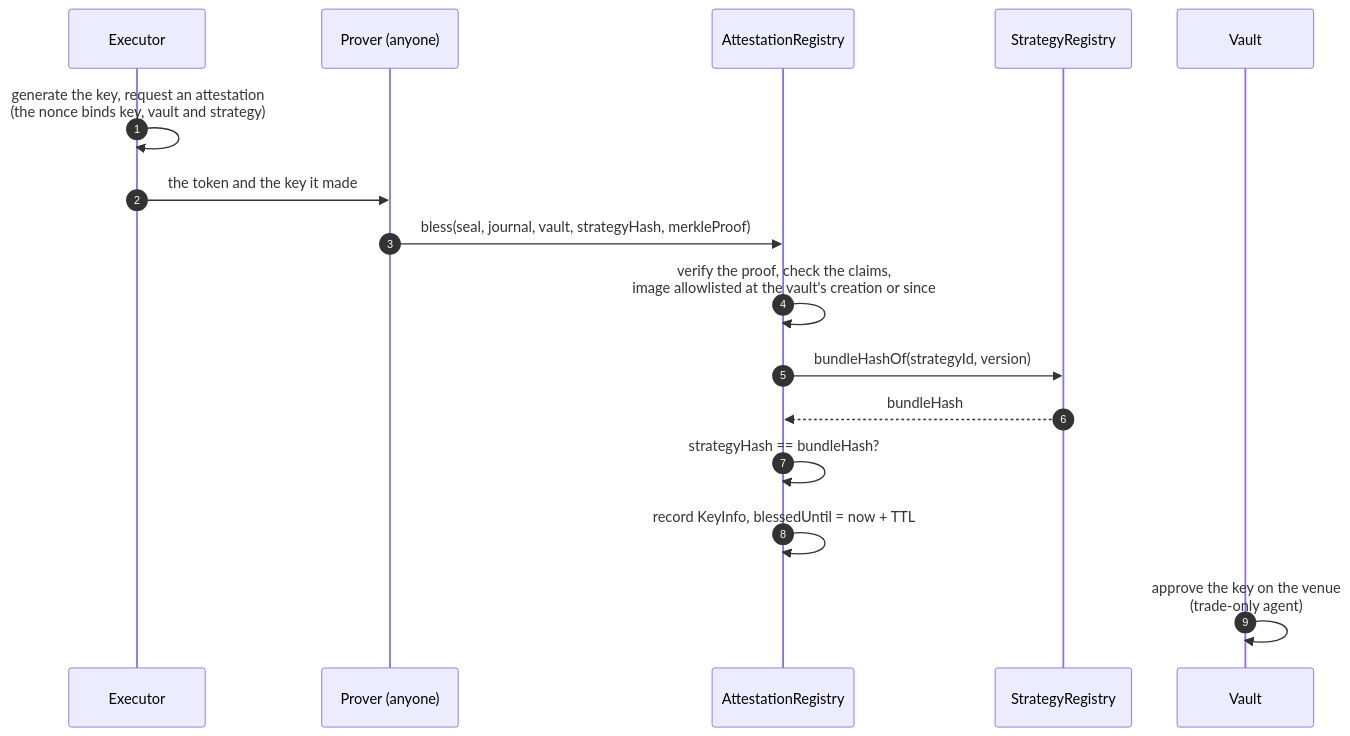
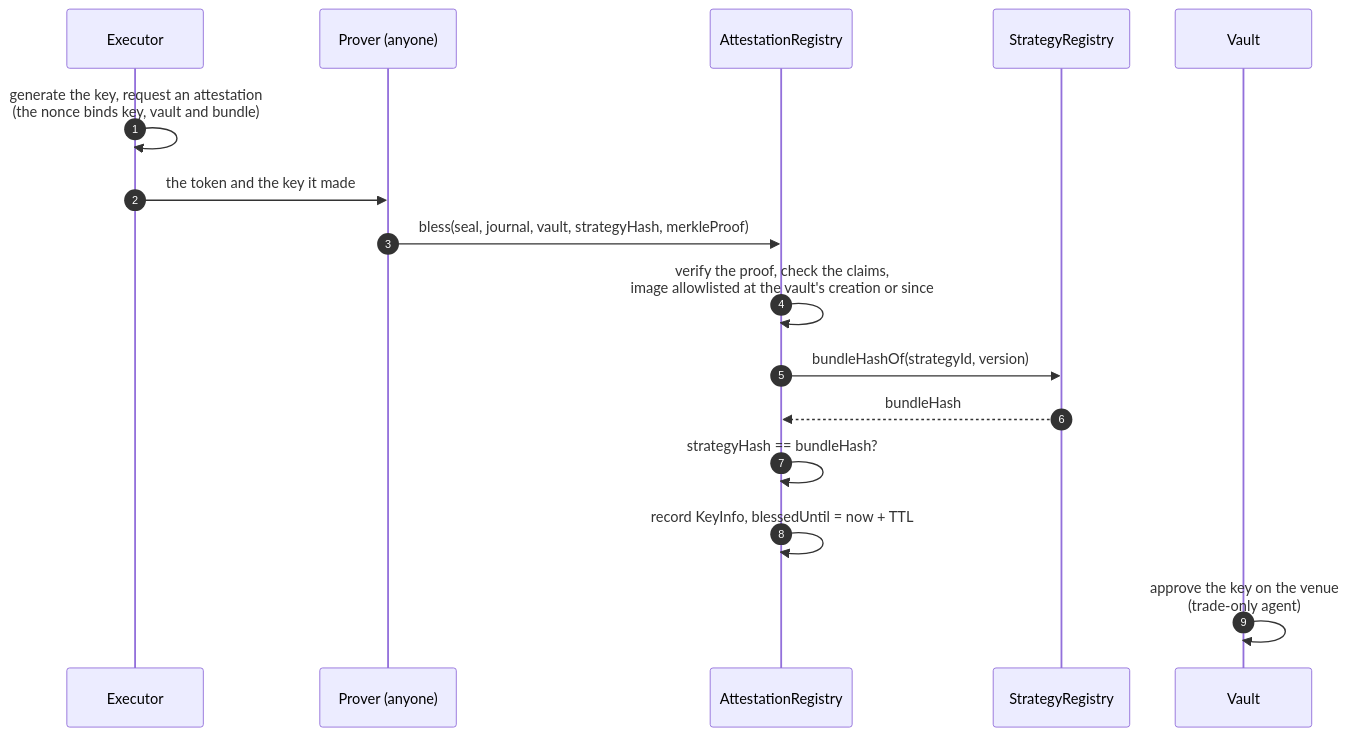
Before and after one commit to ShoninFi/shonin-platform: the diagram in docs/content/how-it-works/execution.md, drawn with Mermaid. The commit also changed other lines of this file and 16 other files, not shown here.

````diff
--- a/docs/content/how-it-works/execution.md
+++ b/docs/content/how-it-works/execution.md
@@ -17,18 +19,18 @@
 ```mermaid
 sequenceDiagram
     autonumber
     participant E as Executor
     participant P as Prover (anyone)
     participant R as AttestationRegistry
     participant S as StrategyRegistry
     participant V as Vault
-    E->>E: generate the key, request an attestation<br/>(the nonce binds key, vault and strategy)
+    E->>E: generate the key, request an attestation<br/>(the nonce binds key, vault and bundle)
     E->>P: the token and the key it made
     P->>R: bless(seal, journal, vault, strategyHash, merkleProof)
     R->>R: verify the proof, check the claims,<br/>image allowlisted at the vault's creation or since
     R->>S: bundleHashOf(strategyId, version)
     S-->>R: bundleHash
     R->>R: strategyHash == bundleHash?
     R->>R: record KeyInfo, blessedUntil = now + TTL
     V->>V: approve the key on the venue<br/>(trade-only agent)
 ```
````
